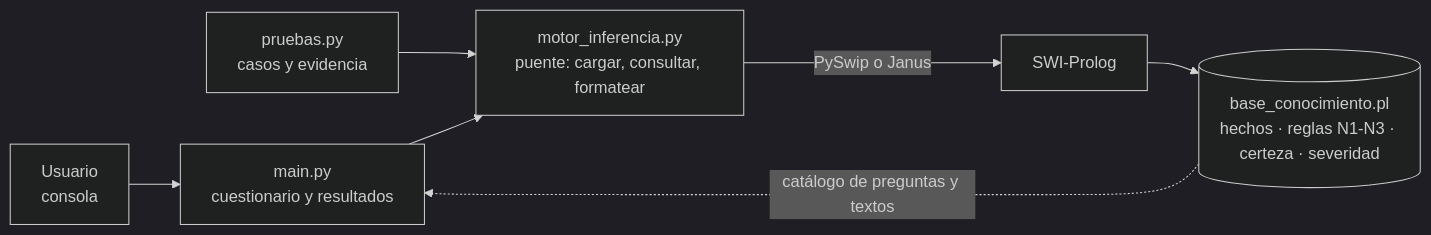
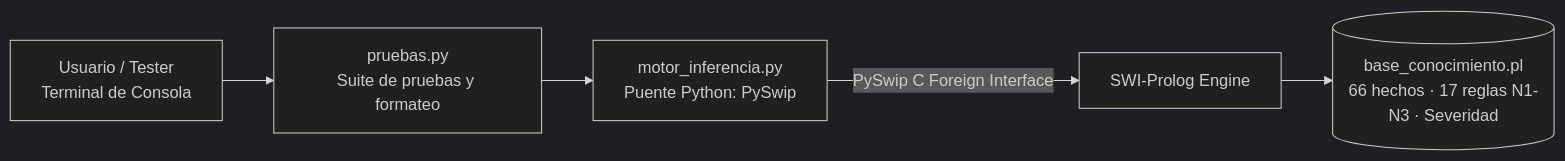
Before and after one commit to yetshal/DiagnostiPC: the first of 4 diagrams in docs/architecture/README.md, drawn with Mermaid (dark theme). The commit also changed other lines of this file and 8 other files, not shown here.

````diff
--- a/docs/architecture/README.md
+++ b/docs/architecture/README.md
@@ -7,9 +9,7 @@
 ```mermaid
 flowchart LR
-  U[Usuario<br/>consola] --> M[main.py<br/>cuestionario y resultados]
-  T[pruebas.py<br/>casos y evidencia] --> P
-  M --> P[motor_inferencia.py<br/>puente: cargar, consultar, formatear]
-  P -->|PySwip o Janus| S[SWI-Prolog]
-  S --> K[(base_conocimiento.pl<br/>hechos · reglas N1-N3 · certeza · severidad)]
-  K -.->|catálogo de preguntas y textos| M
+  U[Usuario / Tester<br/>Terminal de Consola] --> T[pruebas.py<br/>Suite de pruebas y formateo]
+  T --> P[motor_inferencia.py<br/>Puente Python: PySwip]
+  P -->|PySwip C Foreign Interface| S[SWI-Prolog Engine]
+  S --> K[(base_conocimiento.pl<br/>66 hechos · 17 reglas N1-N3 · Severidad)]
 ```
````
